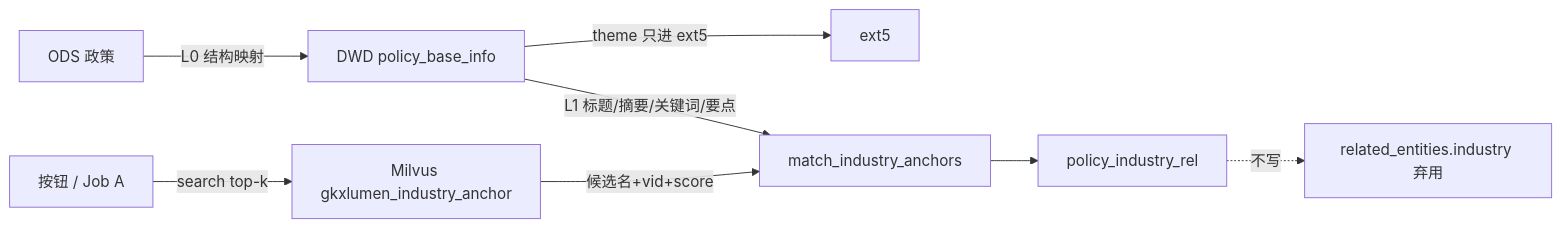
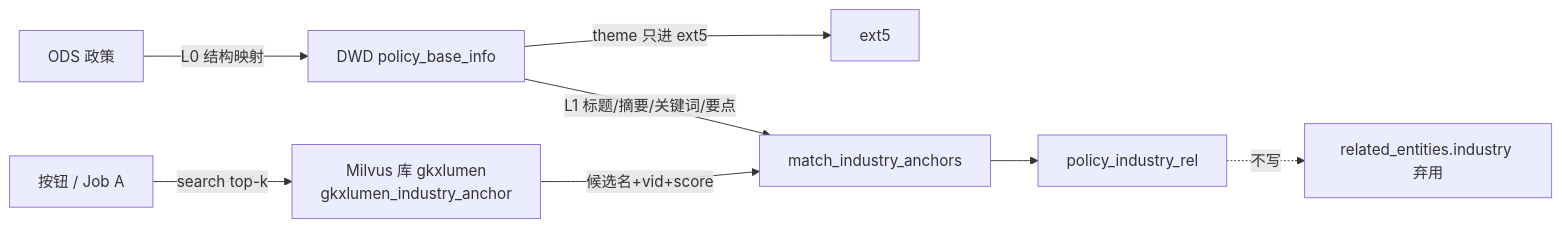
Before and after one commit to Marisolebxf/-: the sixth of 6 diagrams in agent-delivery/data/data-design/storage/POLICY/01-data-flow.md, drawn with Mermaid. The commit also changed 31 other files, not shown here.

First line of the commit message:
docs(GDF): 上图改调度转发，入向量库由 GDF 配脚本 [agent:data-agent]

````diff
--- a/agent-delivery/data/data-design/storage/POLICY/01-data-flow.md
+++ b/agent-delivery/data/data-design/storage/POLICY/01-data-flow.md
@@ -156,10 +156,10 @@
 ```mermaid
 flowchart LR
   ODS["ODS 政策"] -->|"L0 结构映射"| DWD["DWD policy_base_info"]
   DWD -->|"theme 只进 ext5"| EXT["ext5"]
   DWD -->|"L1 标题/摘要/关键词/要点"| L1["match_industry_anchors"]
   L1 --> REL["policy_industry_rel"]
-  BTN["按钮 / Job A"] -->|"search top-k"| VEC["Milvus gkxlumen_industry_anchor"]
+  BTN["按钮 / Job A"] -->|"search top-k"| VEC["Milvus 库 gkxlumen<br/>gkxlumen_industry_anchor"]
   VEC -->|"候选名+vid+score"| L1
   REL -.->|"不写"| OLD["related_entities.industry 弃用"]
 ```
````
